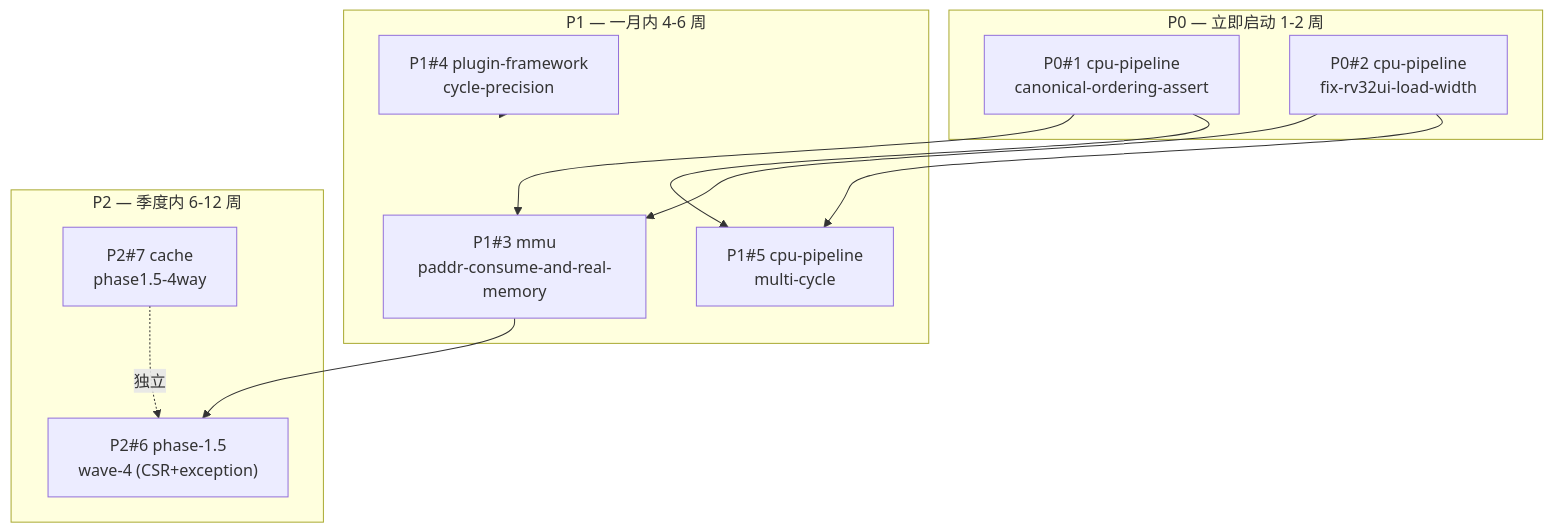
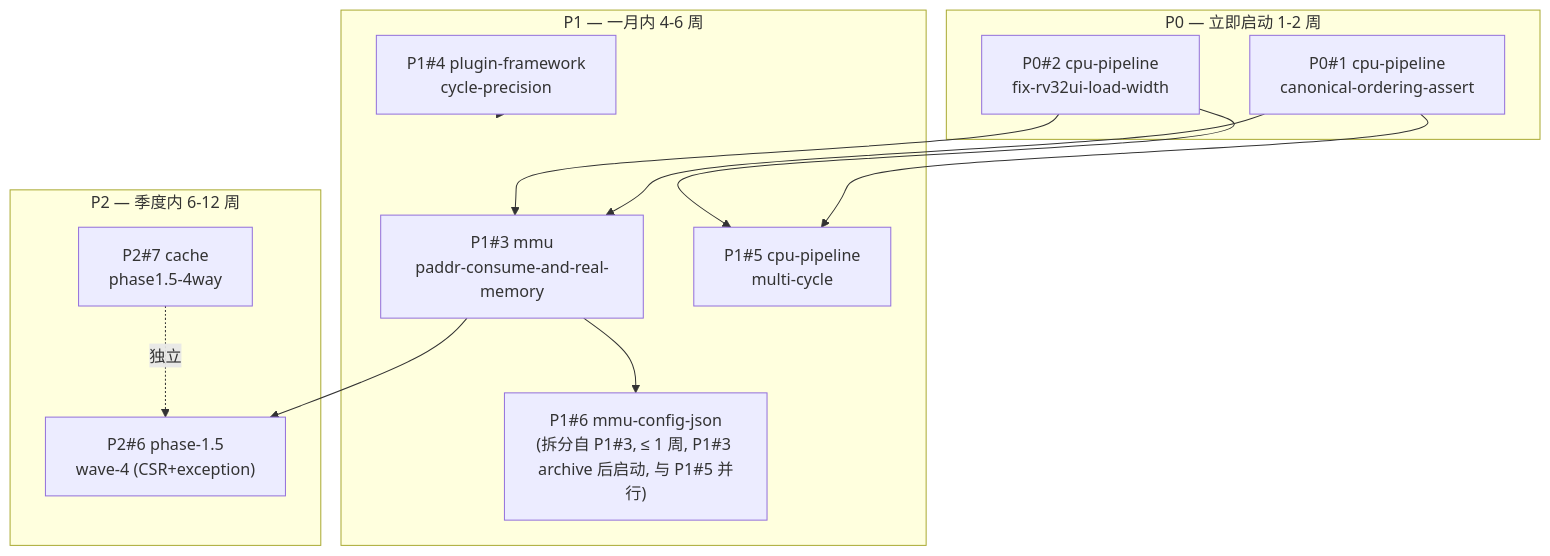
One commit to chisuhua/ChipForge changed the diagram in docs/roadmap/strategy/a-plus-c-hybrid.md. Above: the diagram before and after it, drawn with Mermaid. The commit also changed other lines of this file and 2 other files, not shown here.

First line of the commit message:
docs(strategy+adr): P1#6 mmu-config-json-driven 拆分同步 (ADR后续项 + 战略柱 + 执行路线图)

````diff
--- a/docs/roadmap/strategy/a-plus-c-hybrid.md
+++ b/docs/roadmap/strategy/a-plus-c-hybrid.md
@@ -40,26 +40,28 @@
 ```mermaid
 graph TD
   subgraph P0 [P0 — 立即启动 1-2 周]
     P0a["P0#1 cpu-pipeline<br/>canonical-ordering-assert"]
     P0b["P0#2 cpu-pipeline<br/>fix-rv32ui-load-width"]
   end
 
   subgraph P1 [P1 — 一月内 4-6 周]
     P1c["P1#3 mmu<br/>paddr-consume-and-real-memory"]
     P1d["P1#4 plugin-framework<br/>cycle-precision"]
     P1e["P1#5 cpu-pipeline<br/>multi-cycle"]
+    P1f["P1#6 mmu-config-json<br/>(拆分自 P1#3, ≤ 1 周, P1#3 archive 后启动, 与 P1#5 并行)"]
   end
 
   subgraph P2 [P2 — 季度内 6-12 周]
     P2f["P2#6 phase-1.5<br/>wave-4 (CSR+exception)"]
     P2g["P2#7 cache<br/>phase1.5-4way"]
   end
 
   P0a --> P1c
   P0a --> P1e
   P0b --> P1c
   P0b --> P1e
+  P1c --> P1f
   P1c --> P2f
   P1d -.-> P1
   P2g -.独立.-> P2f
 ```
````
